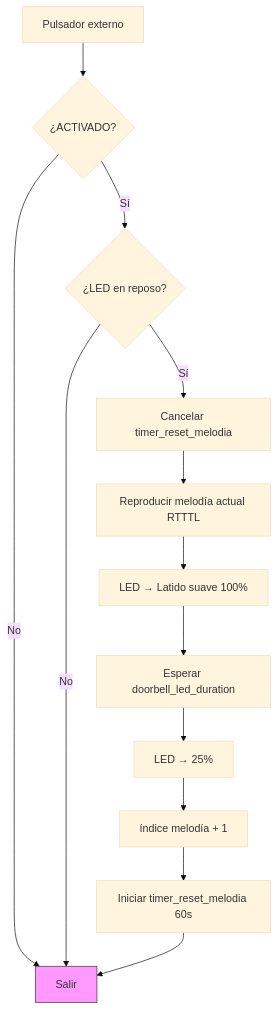
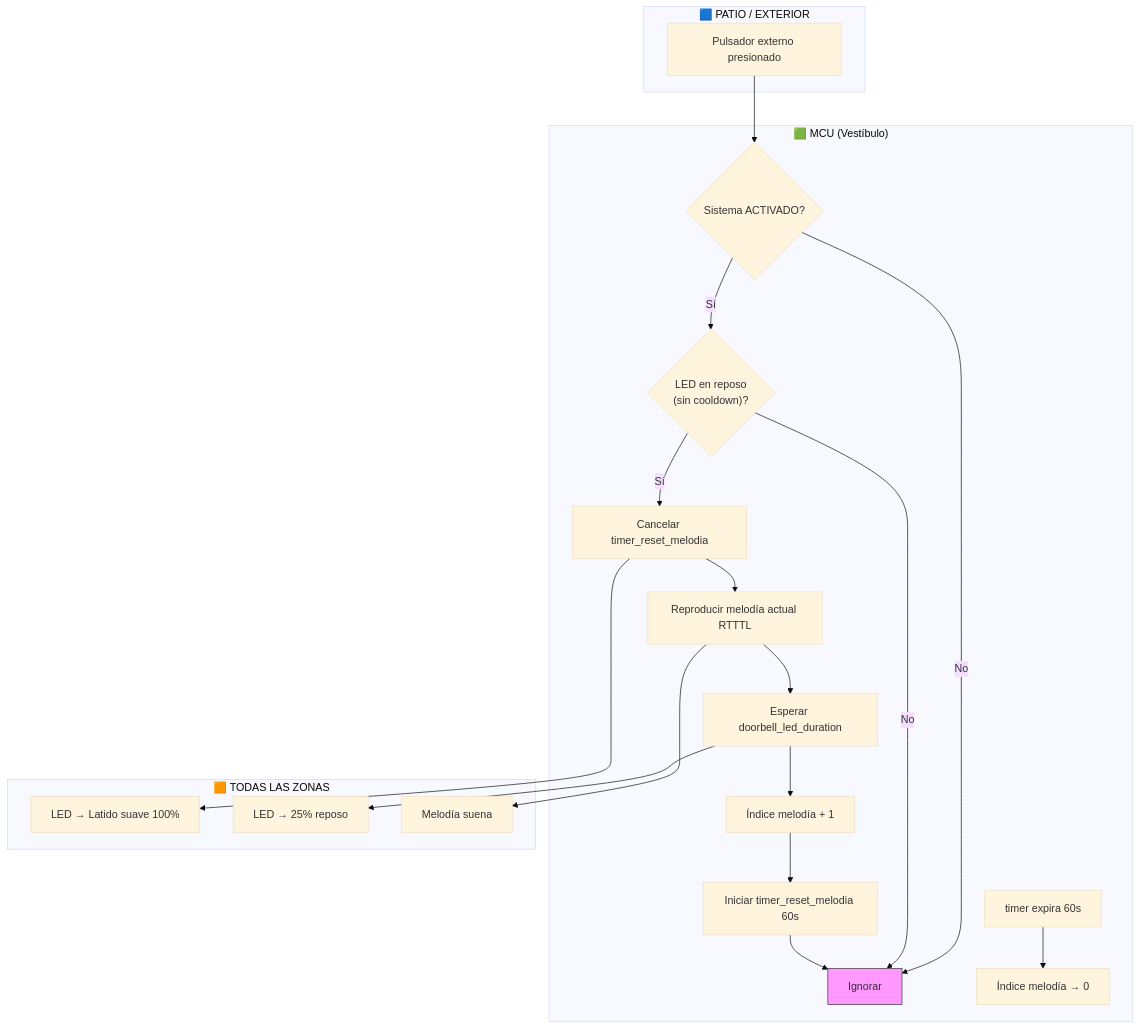
The seventh of 10 diagrams in SYSTEM_DEFINITION.md (abelbour/Abrepuertas), drawn with Mermaid (base theme) before and after one commit. The commit also changed other lines of this file, not shown here.

Commit message:
Convert all flow diagrams to swimlane format

````diff
--- a/SYSTEM_DEFINITION.md
+++ b/SYSTEM_DEFINITION.md
@@ -459,17 +459,34 @@
 ```mermaid
 flowchart TD
-    A[Pulsador externo] --> B{¿ACTIVADO?}
-    B -- No --> FIN[Salir]
-    B -- Sí --> C{¿LED en reposo?}
-    C -- No --> FIN
-    C -- Sí --> D[Cancelar timer_reset_melodia]
-    D --> E[Reproducir melodía actual RTTTL]
-    E --> F[LED → Latido suave 100%]
-    F --> G[Esperar doorbell_led_duration]
-    G --> H[LED → 25%]
-    H --> I[índice melodía + 1]
-    I --> J[Iniciar timer_reset_melodia 60s]
-    J --> FIN
+    subgraph Ext["🟦 PATIO / EXTERIOR"]
+        PULS[Pulsador externo presionado]
+    end
 
-    style FIN fill:#f9f,stroke:#333
+    subgraph MCU["🟩 MCU (Vestíbulo)"]
+        A{"Sistema ACTIVADO?"}
+        A -- No --> FIN_EXT[Ignorar]
+        A -- Sí --> B{"LED en reposo<br/>(sin cooldown)?"}
+        B -- No --> FIN_EXT
+        B -- Sí --> CANCEL[Cancelar timer_reset_melodia]
+        CANCEL --> PLAY[Reproducir melodía actual RTTTL]
+        PLAY --> WAIT[Esperar doorbell_led_duration]
+        WAIT --> ADV[Índice melodía + 1]
+        ADV --> TIMER[Iniciar timer_reset_melodia 60s]
+        TIMER --> FIN_EXT
+
+        TIMEOUT[timer expira 60s] --> RESET[Índice melodía → 0]
+    end
+
+    subgraph PAN["🟧 TODAS LAS ZONAS"]
+        LED[LED → Latido suave 100%]
+        LED2[LED → 25% reposo]
+        MELO[Melodía suena]
+    end
+
+    PULS --> A
+    PLAY --> MELO
+    CANCEL --> LED
+    WAIT --> LED2
+
+    style FIN_EXT fill:#f9f,stroke:#333
 ```
````
